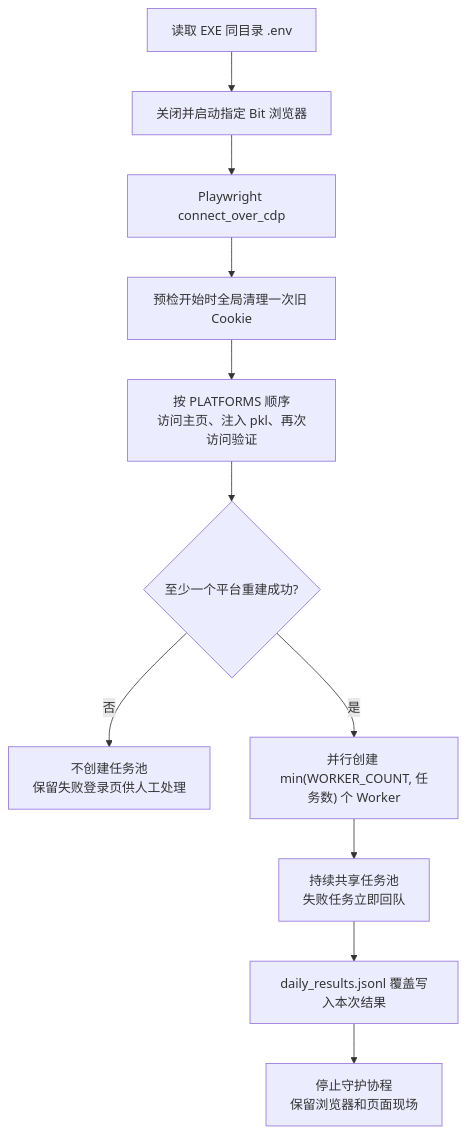
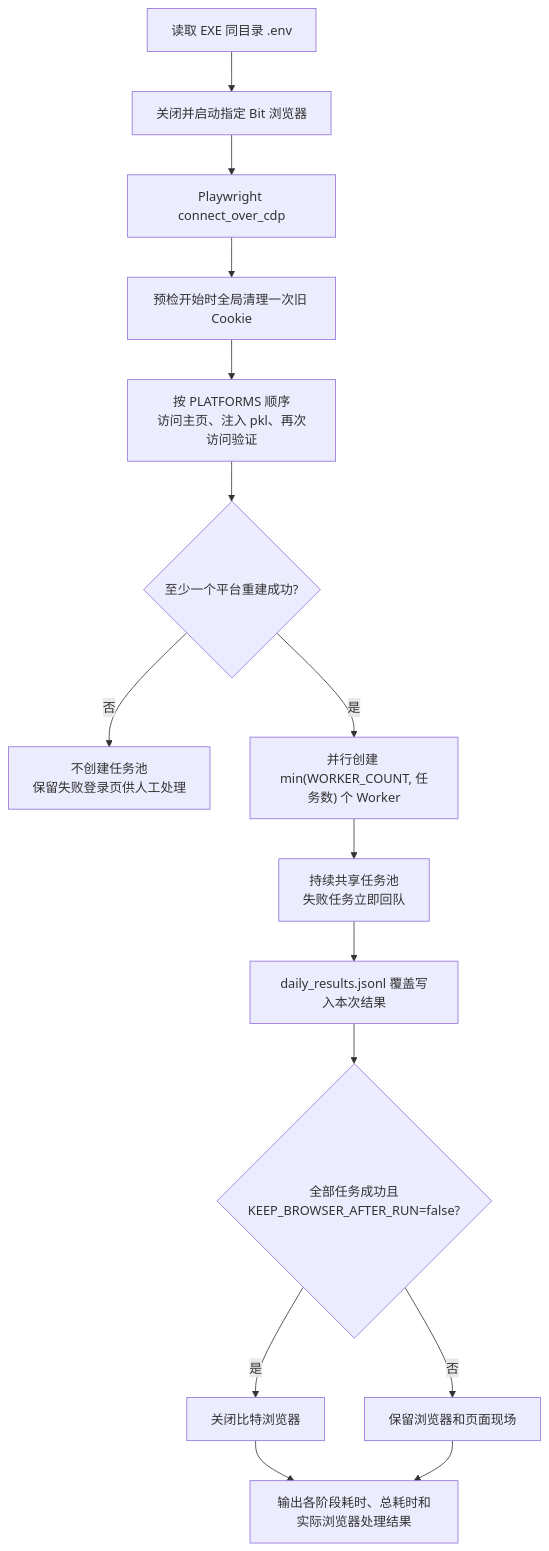
One commit to liao084/BitBrowser-Backfill-Engine changed diagram 15 of 15 in ARCHITECTURE.md. Above: the diagram before and after it, drawn with Mermaid. The commit also changed other lines of this file and 4 other files, not shown here.

````diff
--- a/ARCHITECTURE.md
+++ b/ARCHITECTURE.md
@@ -643,13 +645,17 @@
 ```mermaid
 flowchart TD
     Start["读取 EXE 同目录 .env"] --> Bit["关闭并启动指定 Bit 浏览器"]
     Bit --> CDP["Playwright connect_over_cdp"]
     CDP --> Clear["预检开始时全局清理一次旧 Cookie"]
     Clear --> Auth["按 PLATFORMS 顺序\n访问主页、注入 pkl、再次访问验证"]
     Auth --> Result{"至少一个平台重建成功?"}
     Result -->|"否"| Keep["不创建任务池\n保留失败登录页供人工处理"]
     Result -->|"是"| Worker["并行创建 min(WORKER_COUNT, 任务数) 个 Worker"]
     Worker --> Pool["持续共享任务池\n失败任务立即回队"]
     Pool --> Ledger["daily_results.jsonl 覆盖写入本次结果"]
-    Ledger --> Finish["停止守护协程\n保留浏览器和页面现场"]
+    Ledger --> Finish{"全部任务成功且\nKEEP_BROWSER_AFTER_RUN=false?"}
+    Finish -->|"是"| Close["关闭比特浏览器"]
+    Finish -->|"否"| KeepFinal["保留浏览器和页面现场"]
+    Close --> Summary["输出各阶段耗时、总耗时和实际浏览器处理结果"]
+    KeepFinal --> Summary
 ```
````
